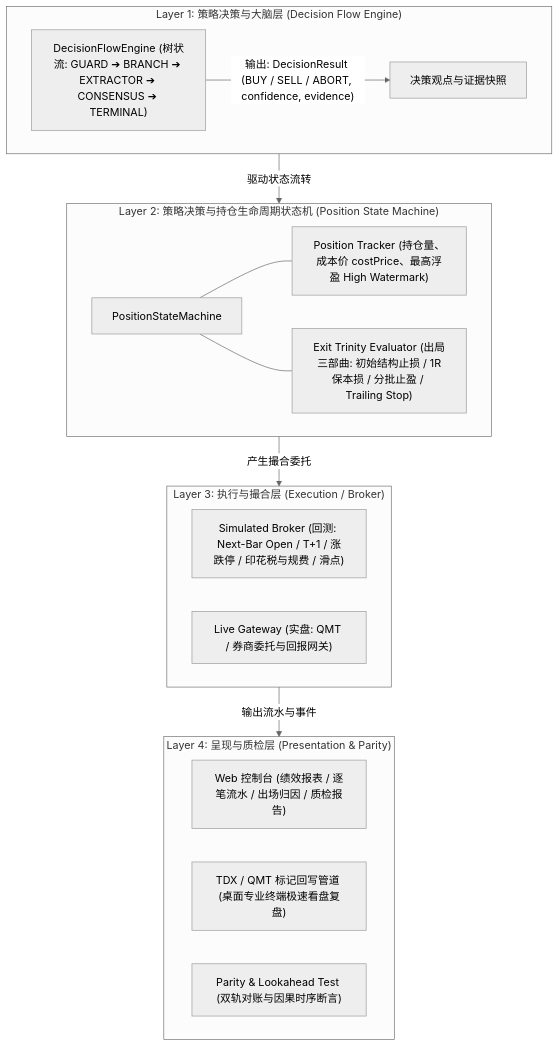
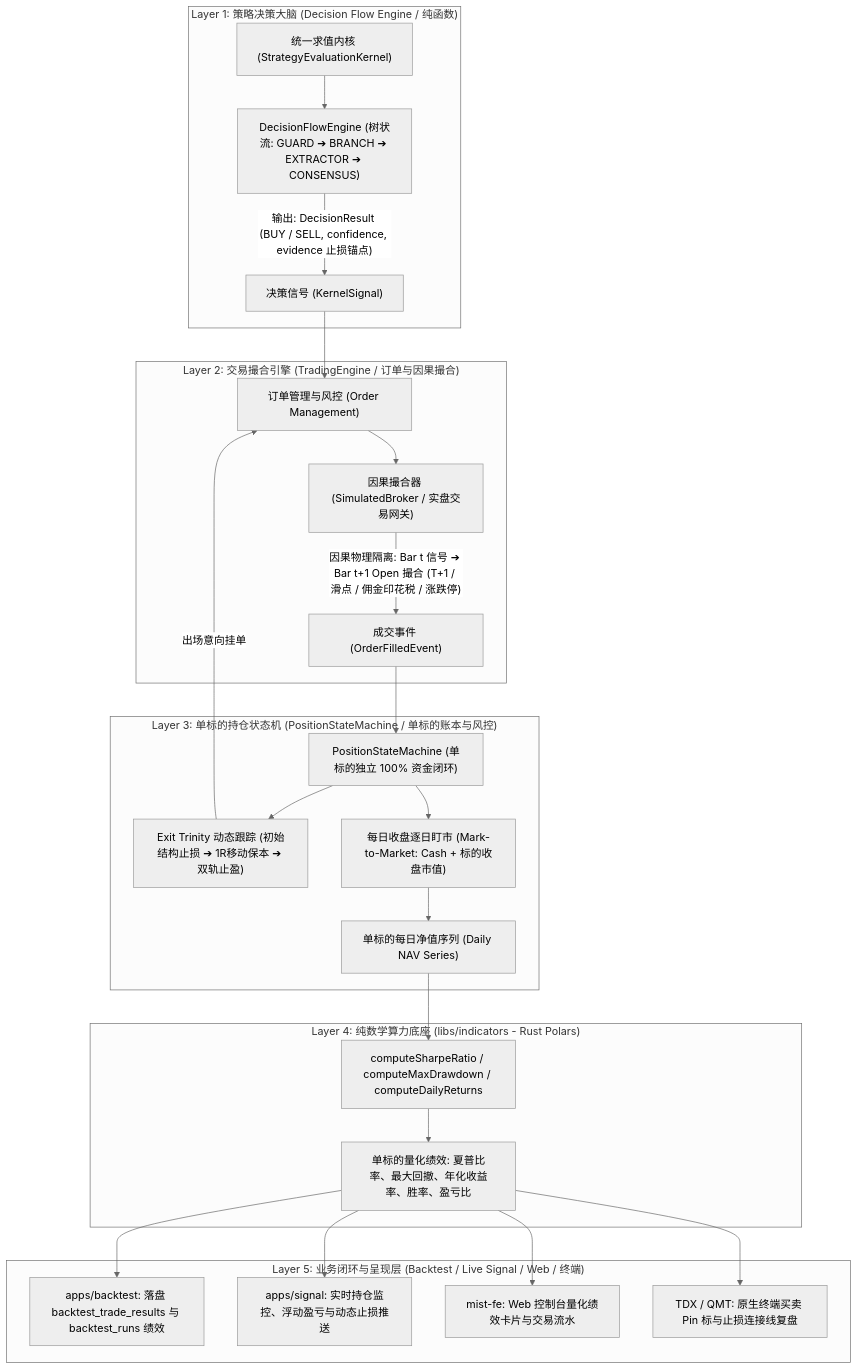
The first of 2 diagrams in openspec/changes/upgrade-backtest-decision-and-parity-engine/design.md (mist-trade/mist), drawn with Mermaid (neutral theme) before and after one commit. The commit also changed other lines of this file and 40 other files, not shown here.

First line of the commit message:
feat(strategy): phase 0 pipeline parity and schema alignment

````diff
--- a/openspec/changes/upgrade-backtest-decision-and-parity-engine/design.md
+++ b/openspec/changes/upgrade-backtest-decision-and-parity-engine/design.md
@@ -5,30 +8,35 @@
 ```mermaid
-graph TD
-    subgraph L1["Layer 1: 策略决策与大脑层 (Decision Flow Engine)"]
-        DF["DecisionFlowEngine (树状流: GUARD ➔ BRANCH ➔ EXTRACTOR ➔ CONSENSUS ➔ TERMINAL)"]
-        DF -->|"输出: DecisionResult (BUY / SELL / ABORT, confidence, evidence)"| Out1["决策观点与证据快照"]
+flowchart TD
+    subgraph Layer1["Layer 1: 策略决策大脑 (Decision Flow Engine / 纯函数)"]
+        K1["统一求值内核 (StrategyEvaluationKernel)"]
+        DF["DecisionFlowEngine (树状流: GUARD ➔ BRANCH ➔ EXTRACTOR ➔ CONSENSUS)"]
+        K1 --> DF
+        DF -->|"输出: DecisionResult (BUY / SELL, confidence, evidence 止损锚点)"| Sig["决策信号 (KernelSignal)"]
     end
 
-    subgraph L2["Layer 2: 策略决策与持仓生命周期状态机 (Position State Machine)"]
-        SM["PositionStateMachine"]
-        D1["Position Tracker (持仓量、成本价 costPrice、最高浮盈 High Watermark)"]
-        D2["Exit Trinity Evaluator (出局三部曲: 初始结构止损 / 1R保本损 / 分批止盈 / Trailing Stop)"]
-        SM --- D1
-        SM --- D2
+    subgraph Layer2["Layer 2: 交易撮合引擎 (TradingEngine / 订单与因果撮合)"]
+        Sig --> OMS["订单管理与风控 (Order Management)"]
+        OMS --> Matcher["因果撮合器 (SimulatedBroker / 实盘交易网关)"]
+        Matcher -->|"因果物理隔离: Bar t 信号 ➔ Bar t+1 Open 撮合 (T+1 / 滑点 / 佣金印花税 / 涨跌停)"| Fill["成交事件 (OrderFilledEvent)"]
     end
 
-    subgraph L3["Layer 3: 执行与撮合层 (Execution / Broker)"]
-        E1["Simulated Broker (回测: Next-Bar Open / T+1 / 涨跌停 / 印花税与规费 / 滑点)"]
-        E2["Live Gateway (实盘: QMT / 券商委托与回报网关)"]
+    subgraph Layer3["Layer 3: 单标的持仓状态机 (PositionStateMachine / 单标的账本与风控)"]
+        Fill --> PSM["PositionStateMachine (单标的独立 100% 资金闭环)"]
+        PSM --> Exit["Exit Trinity 动态跟踪 (初始结构止损 ➔ 1R移动保本 ➔ 双轨止盈)"]
+        Exit -->|"出场意向挂单"| OMS
+        PSM --> Mark["每日收盘逐日盯市 (Mark-to-Market: Cash + 标的收盘市值)"]
+        Mark --> NAV["单标的每日净值序列 (Daily NAV Series)"]
     end
 
-    subgraph L4["Layer 4: 呈现与质检层 (Presentation & Parity)"]
-        P1["Web 控制台 (绩效报表 / 逐笔流水 / 出场归因 / 质检报告)"]
-        P2["TDX / QMT 标记回写管道 (桌面专业终端极速看盘复盘)"]
-        P3["Parity & Lookahead Test (双轨对账与因果时序断言)"]
+    subgraph Layer4["Layer 4: 纯数学算力底座 (libs/indicators - Rust Polars)"]
+        NAV --> Sharpe["computeSharpeRatio / computeMaxDrawdown / computeDailyReturns"]
+        Sharpe --> Metrics["单标的量化绩效: 夏普比率、最大回撤、年化收益率、胜率、盈亏比"]
     end
 
-    L1 -->|"驱动状态流转"| L2
-    L2 -->|"产生撮合委托"| L3
-    L3 -->|"输出流水与事件"| L4
+    subgraph Layer5["Layer 5: 业务闭环与呈现层 (Backtest / Live Signal / Web / 终端)"]
+        Metrics --> BApp["apps/backtest: 落盘 backtest_trade_results 与 backtest_runs 绩效"]
+        Metrics --> SApp["apps/signal: 实时持仓监控、浮动盈亏与动态止损推送"]
+        Metrics --> Fe["mist-fe: Web 控制台量化绩效卡片与交易流水"]
+        Metrics --> Term["TDX / QMT: 原生终端买卖 Pin 标与止损连接线复盘"]
+    end
 ```
````
